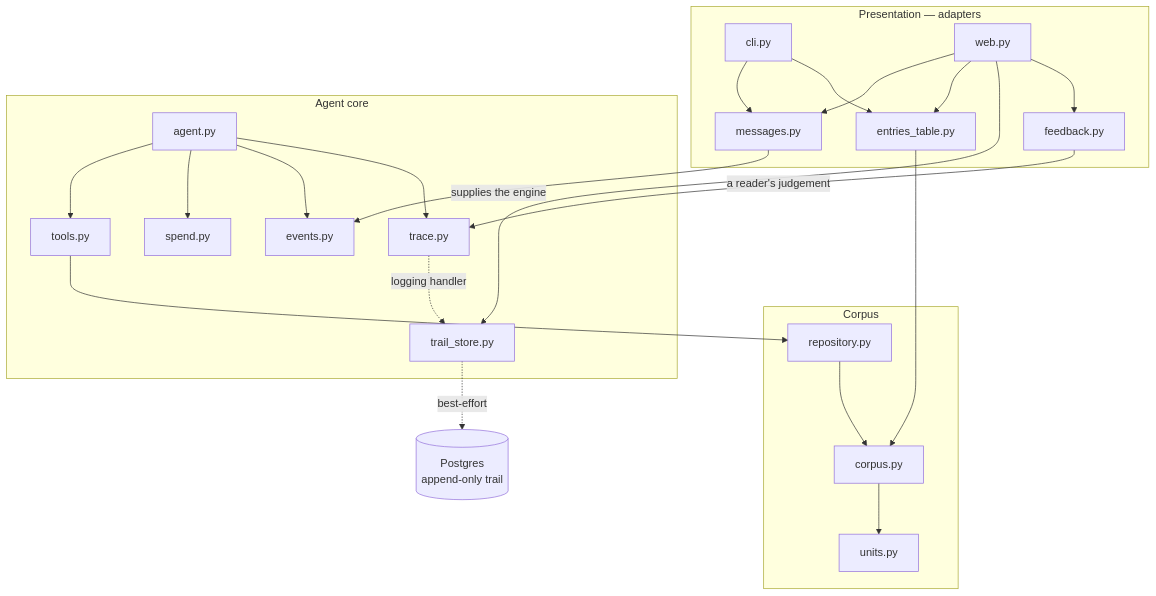
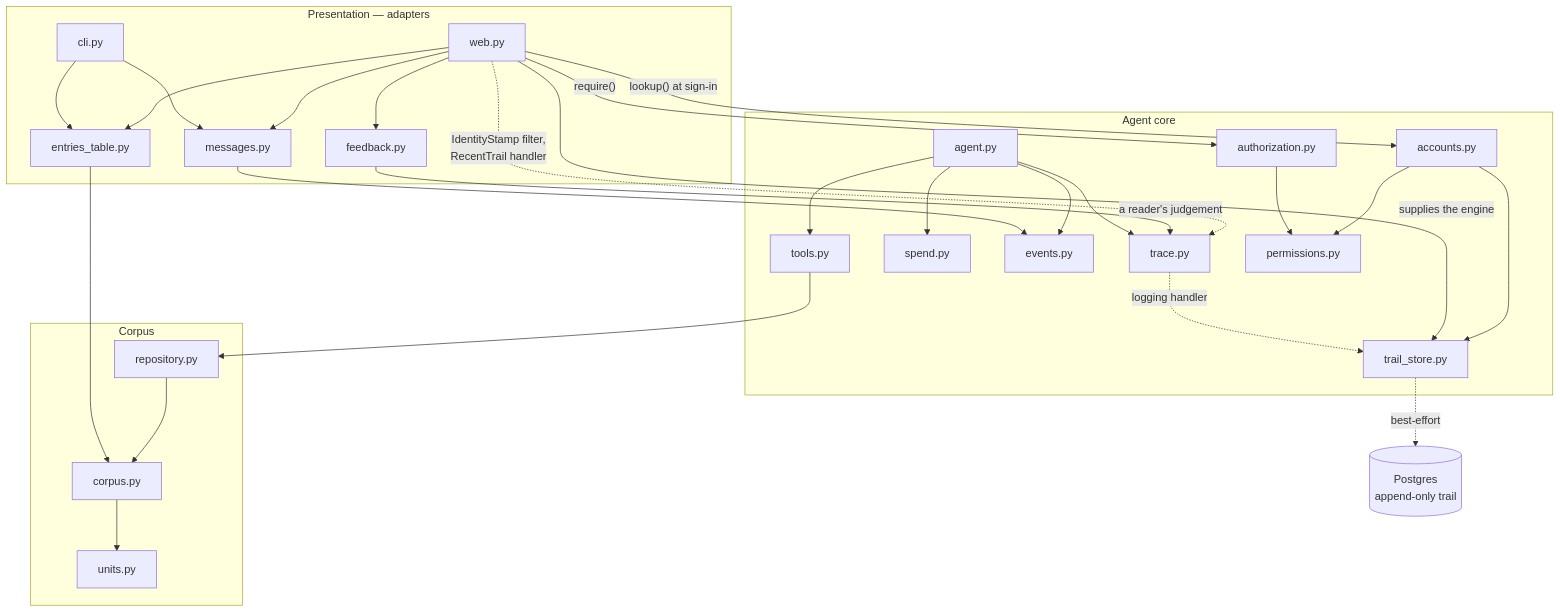
Before and after one commit to DukeOfErl/Numera: the third of 5 diagrams in docs/diagrams/architecture.md, drawn with Mermaid. The commit also changed other lines of this file and 8 other files, not shown here.

````diff
--- a/docs/diagrams/architecture.md
+++ b/docs/diagrams/architecture.md
@@ -89,43 +89,52 @@
 ```mermaid
 flowchart TB
     subgraph presentation["Presentation — adapters"]
         cli[cli.py]
         web[web.py]
         messages[messages.py]
         table[entries_table.py]
         fb[feedback.py]
     end
     subgraph core["Agent core"]
         agent[agent.py]
         tools[tools.py]
         spend[spend.py]
         events[events.py]
         trace[trace.py]
         store[trail_store.py]
+        perm[permissions.py]
+        authz[authorization.py]
+        acct[accounts.py]
     end
     subgraph data["Corpus"]
         corpus[corpus.py]
         repo[repository.py]
         units[units.py]
     end
     pg[("Postgres<br/>append-only trail")]
 
     cli --> messages
     web --> messages
     messages --> events
     cli --> table
     web --> table
     table --> corpus
     agent --> tools
     agent --> spend
     agent --> events
     agent --> trace
     tools --> repo
     repo --> corpus
     corpus --> units
     trace -. "logging handler" .-> store
     store -. "best-effort" .-> pg
     web -- "supplies the engine" --> store
     web --> fb
     fb -- "a reader's judgement" --> trace
+    web -- "require()" --> authz
+    authz --> perm
+    web -- "lookup() at sign-in" --> acct
+    acct --> perm
+    acct --> store
+    web -. "IdentityStamp filter,<br/>RecentTrail handler" .-> trace
 ```
````
